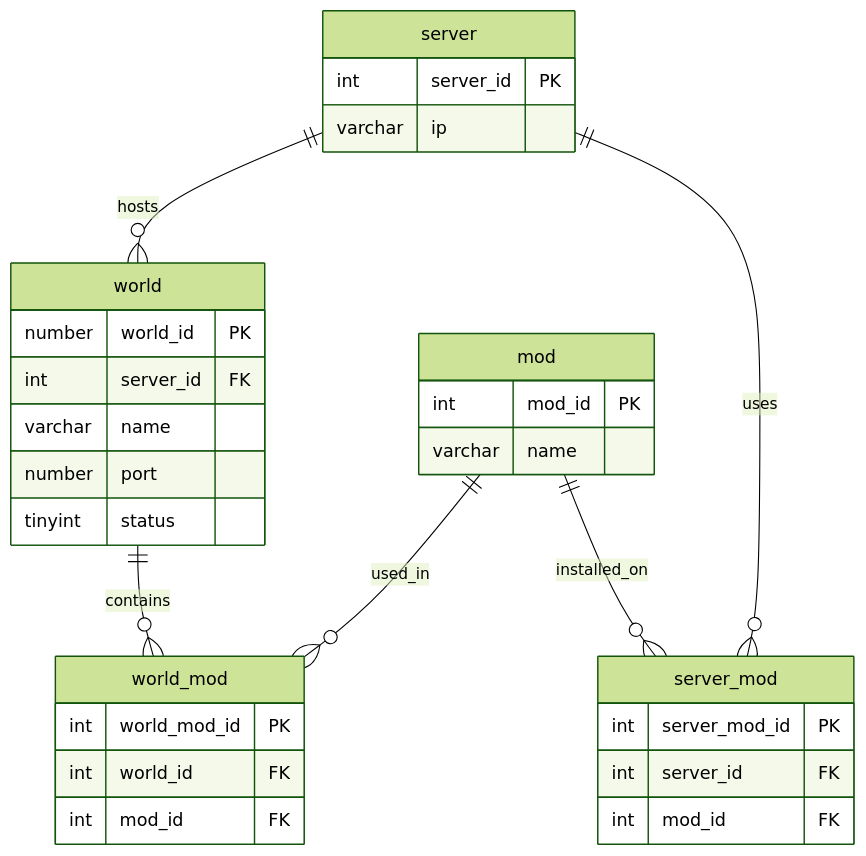
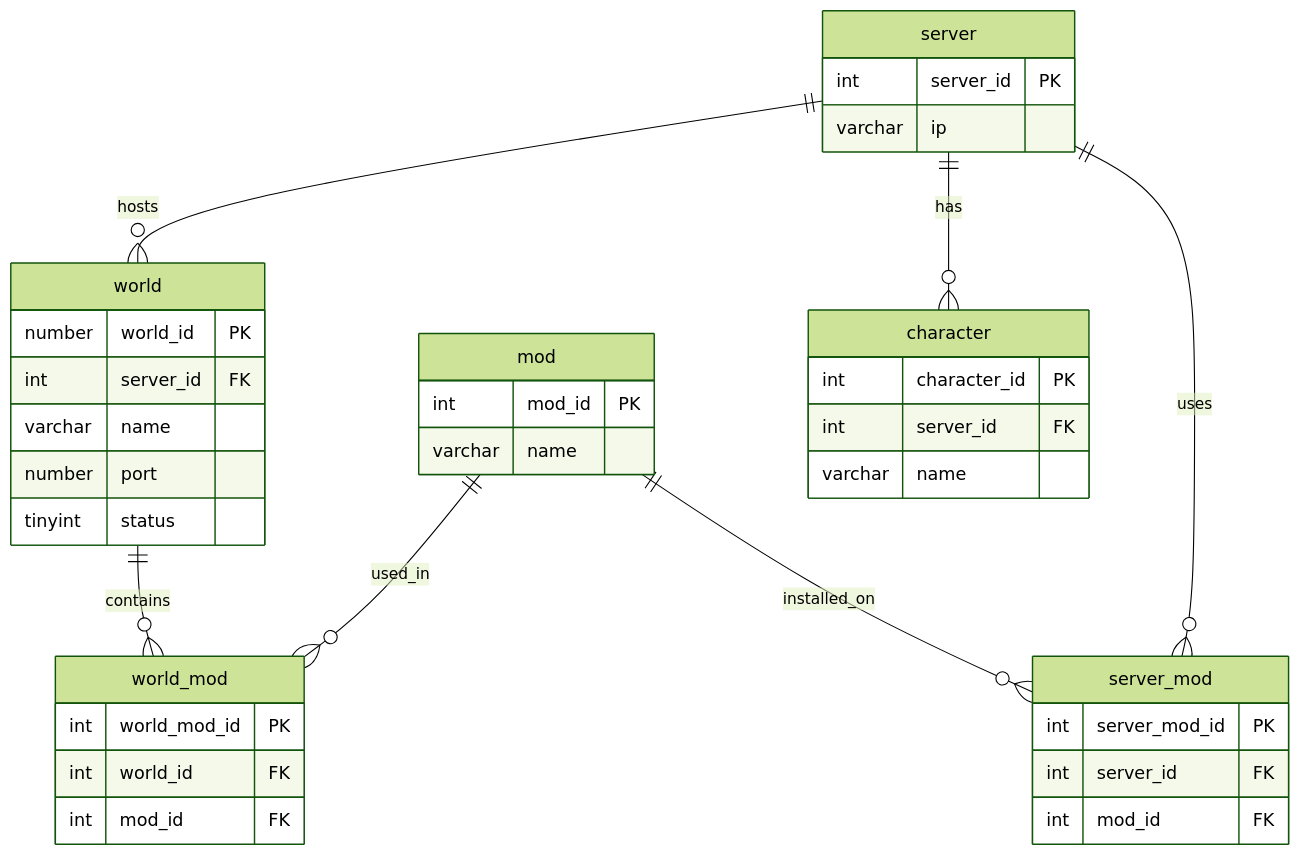
One commit to longlt201203/terraria-server-control changed the second of 2 diagrams in diagrams.md. Above: the diagram before and after it, drawn with Mermaid (forest theme). The commit also changed other lines of this file and 29 other files, not shown here.

````diff
--- a/diagrams.md
+++ b/diagrams.md
@@ -12,38 +13,45 @@
 ```mermaid
 erDiagram
     server {
         int server_id PK
         varchar ip
     }
     
     world {
         number world_id PK
         int server_id FK
         varchar name
         number port
         tinyint status
     }
     
     mod {
         int mod_id PK
         varchar name
     }
     
     server_mod {
         int server_mod_id PK
         int server_id FK
         int mod_id FK
     }
     
     world_mod {
         int world_mod_id PK
         int world_id FK
         int mod_id FK
     }
+
+    character {
+        int character_id PK
+        int server_id FK
+        varchar name
+    }
     
     server ||--o{ world : "hosts"
     server ||--o{ server_mod : "uses"
+    server ||--o{ character : "has"
     mod ||--o{ server_mod : "installed_on"
     mod ||--o{ world_mod : "used_in"
     world ||--o{ world_mod : "contains"
 ```
````
